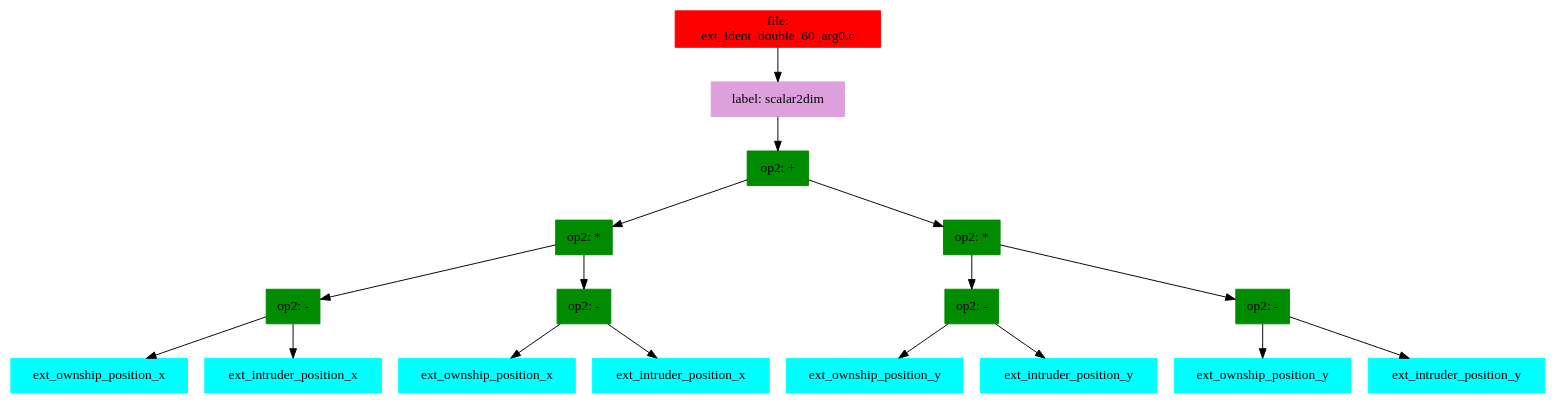
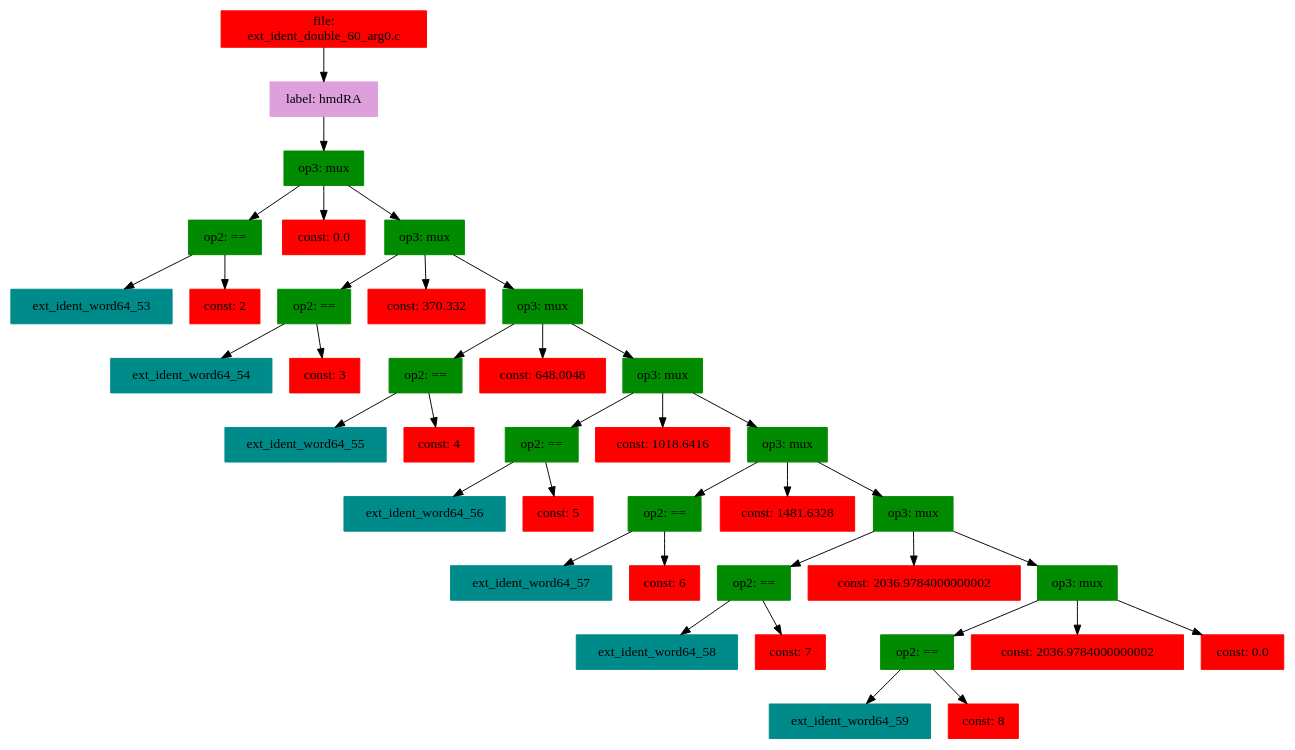
The diagram in example36/copilot-sbv-codegen/ext_ident_double_60_arg0.c.gv (Copilot-Language/examplesForACSL), drawn with Graphviz before and after one commit. The commit also changed 5241 other files, not shown here.

```diff
--- a/example36/copilot-sbv-codegen/ext_ident_double_60_arg0.c.gv
+++ b/example36/copilot-sbv-codegen/ext_ident_double_60_arg0.c.gv
@@ -1,40 +1,82 @@
 digraph G {
 node [shape=box]
 
 0 [label="file: 
 ext_ident_double_60_arg0.c",color=red, style=filled]
-1 [label="label: scalar2dim",color=plum, style=filled]
+1 [label="label: hmdRA",color=plum, style=filled]
 0 -> 1
-2 [label="op2: +",color=green4, style=filled]
+2 [label="op3: mux",color=green4, style=filled]
 1 -> 2
-3 [label="op2: *",color=green4, style=filled]
+3 [label="op2: ==",color=green4, style=filled]
 2 -> 3
-4 [label="op2: -",color=green4, style=filled]
+4 [label="ext_ident_word64_53",color=cyan4, style=filled]
 3 -> 4
-5 [label="ext_ownship_position_x",color=cyan1, style=filled]
-4 -> 5
-6 [label="ext_intruder_position_x",color=cyan1, style=filled]
-4 -> 6
-7 [label="op2: -",color=green4, style=filled]
-3 -> 7
-8 [label="ext_ownship_position_x",color=cyan1, style=filled]
-7 -> 8
-9 [label="ext_intruder_position_x",color=cyan1, style=filled]
-7 -> 9
-10 [label="op2: *",color=green4, style=filled]
-2 -> 10
-11 [label="op2: -",color=green4, style=filled]
-10 -> 11
-12 [label="ext_ownship_position_y",color=cyan1, style=filled]
-11 -> 12
-13 [label="ext_intruder_position_y",color=cyan1, style=filled]
-11 -> 13
-14 [label="op2: -",color=green4, style=filled]
-10 -> 14
-15 [label="ext_ownship_position_y",color=cyan1, style=filled]
-14 -> 15
-16 [label="ext_intruder_position_y",color=cyan1, style=filled]
-14 -> 16
+41 [label="const: 2",color=red1, style=filled]
+3 -> 41
+42 [label="const: 0.0",color=red1, style=filled]
+2 -> 42
+43 [label="op3: mux",color=green4, style=filled]
+2 -> 43
+44 [label="op2: ==",color=green4, style=filled]
+43 -> 44
+45 [label="ext_ident_word64_54",color=cyan4, style=filled]
+44 -> 45
+82 [label="const: 3",color=red1, style=filled]
+44 -> 82
+83 [label="const: 370.332",color=red1, style=filled]
+43 -> 83
+84 [label="op3: mux",color=green4, style=filled]
+43 -> 84
+85 [label="op2: ==",color=green4, style=filled]
+84 -> 85
+86 [label="ext_ident_word64_55",color=cyan4, style=filled]
+85 -> 86
+123 [label="const: 4",color=red1, style=filled]
+85 -> 123
+124 [label="const: 648.0048",color=red1, style=filled]
+84 -> 124
+125 [label="op3: mux",color=green4, style=filled]
+84 -> 125
+126 [label="op2: ==",color=green4, style=filled]
+125 -> 126
+127 [label="ext_ident_word64_56",color=cyan4, style=filled]
+126 -> 127
+164 [label="const: 5",color=red1, style=filled]
+126 -> 164
+165 [label="const: 1018.6416",color=red1, style=filled]
+125 -> 165
+166 [label="op3: mux",color=green4, style=filled]
+125 -> 166
+167 [label="op2: ==",color=green4, style=filled]
+166 -> 167
+168 [label="ext_ident_word64_57",color=cyan4, style=filled]
+167 -> 168
+205 [label="const: 6",color=red1, style=filled]
+167 -> 205
+206 [label="const: 1481.6328",color=red1, style=filled]
+166 -> 206
+207 [label="op3: mux",color=green4, style=filled]
+166 -> 207
+208 [label="op2: ==",color=green4, style=filled]
+207 -> 208
+209 [label="ext_ident_word64_58",color=cyan4, style=filled]
+208 -> 209
+246 [label="const: 7",color=red1, style=filled]
+208 -> 246
+247 [label="const: 2036.9784000000002",color=red1, style=filled]
+207 -> 247
+248 [label="op3: mux",color=green4, style=filled]
+207 -> 248
+249 [label="op2: ==",color=green4, style=filled]
+248 -> 249
+250 [label="ext_ident_word64_59",color=cyan4, style=filled]
+249 -> 250
+287 [label="const: 8",color=red1, style=filled]
+249 -> 287
+288 [label="const: 2036.9784000000002",color=red1, style=filled]
+248 -> 288
+289 [label="const: 0.0",color=red1, style=filled]
+248 -> 289
 
 
 }
```
